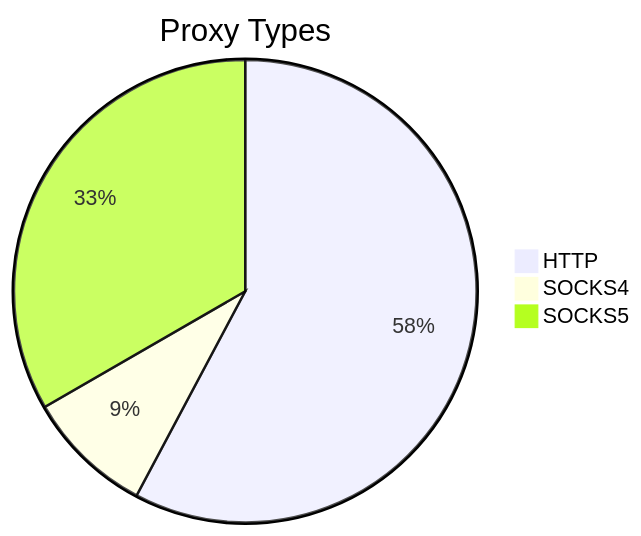
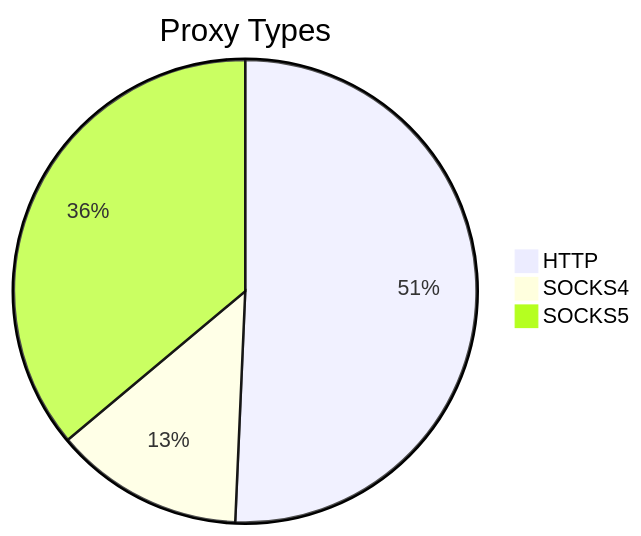
The first of 2 diagrams in README.md (stormsia/proxy-list), drawn with Mermaid before and after one commit. The commit also changed other lines of this file, not shown here.

````diff
--- a/README.md
+++ b/README.md
@@ -21,6 +21,6 @@
 ```mermaid
 pie title Proxy Types
-    "HTTP" : 286
-    "SOCKS4" : 44
-    "SOCKS5" : 165
+    "HTTP" : 257
+    "SOCKS4" : 67
+    "SOCKS5" : 183
 ```
````
